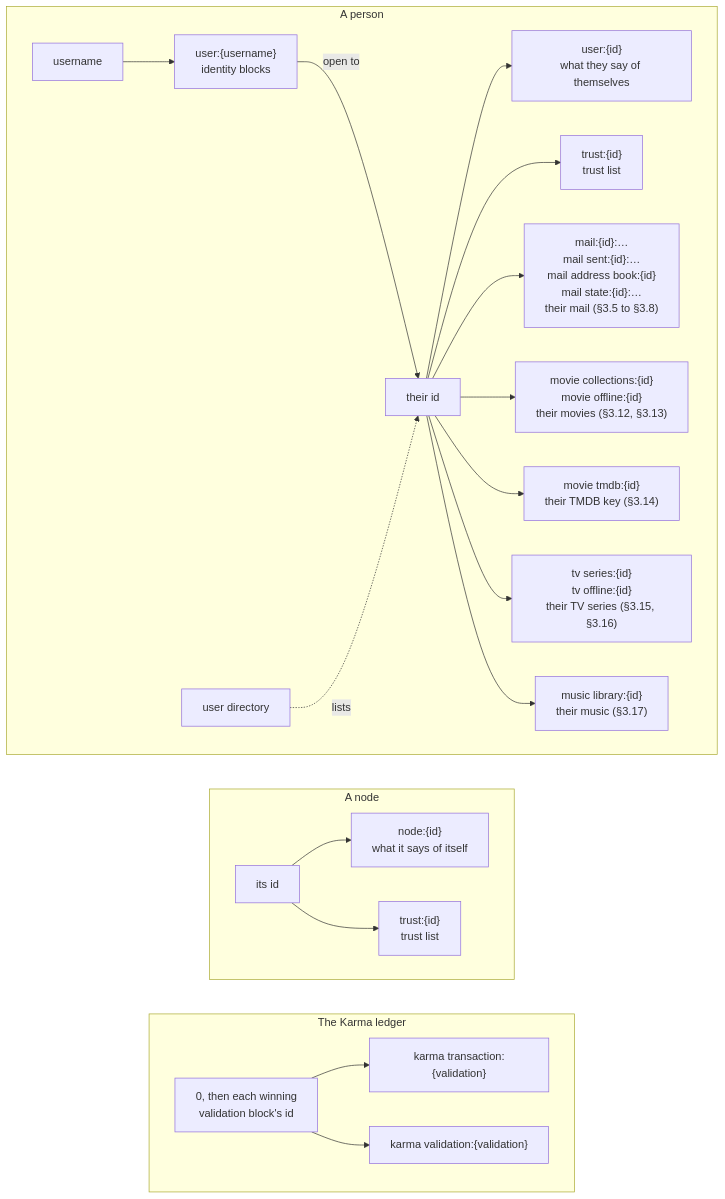
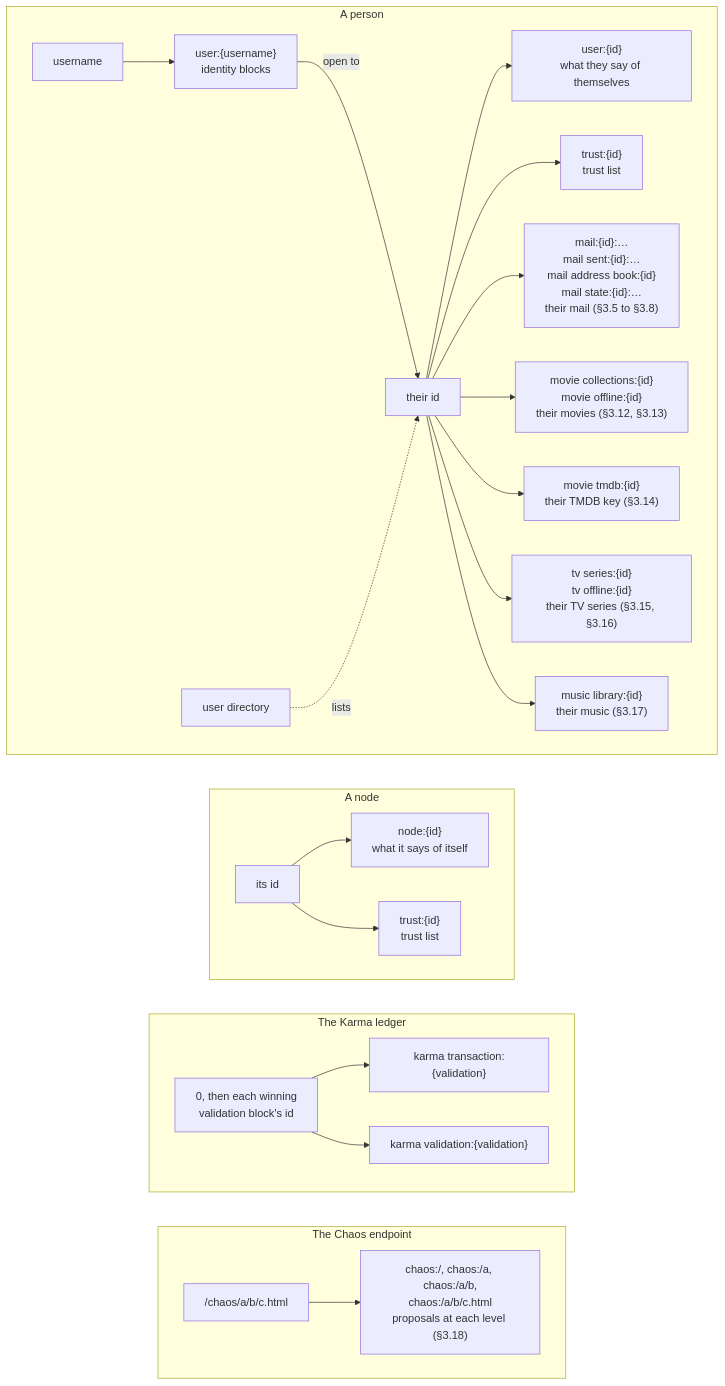
Before and after one commit to marcpage/libranet: the first of 2 diagrams in docs/specs/KnownDrops.md, drawn with Mermaid. The commit also changed other lines of this file and 4 other files, not shown here.

First line of the commit message:
Specify the Chaos endpoint (#655) (#662)

````diff
--- a/docs/specs/KnownDrops.md
+++ b/docs/specs/KnownDrops.md
@@ -40,28 +41,33 @@
 ```mermaid
 flowchart TB
     subgraph person["A person"]
         direction LR
         username["username"] --> blocks["user:{username}<br/>identity blocks"]
         blocks -->|"open to"| pid["their id"]
         directory["user directory"] -.->|lists| pid
         pid --> says["user:{id}<br/>what they say of themselves"]
         pid --> ptrust["trust:{id}<br/>trust list"]
         pid --> mail["mail:{id}:…<br/>mail sent:{id}:…<br/>mail address book:{id}<br/>mail state:{id}:…<br/>their mail (§3.5 to §3.8)"]
         pid --> movie["movie collections:{id}<br/>movie offline:{id}<br/>their movies (§3.12, §3.13)"]
         pid --> tmdb["movie tmdb:{id}<br/>their TMDB key (§3.14)"]
         pid --> tv["tv series:{id}<br/>tv offline:{id}<br/>their TV series (§3.15, §3.16)"]
         pid --> music["music library:{id}<br/>their music (§3.17)"]
     end
     subgraph node["A node"]
         direction LR
         nid["its id"] --> nsays["node:{id}<br/>what it says of itself"]
         nid --> ntrust["trust:{id}<br/>trust list"]
     end
     subgraph karma["The Karma ledger"]
         direction LR
         validation["0, then each winning<br/>validation block's id"] --> kt["karma transaction:{validation}"]
         validation --> kv["karma validation:{validation}"]
     end
+    subgraph chaos["The Chaos endpoint"]
+        direction LR
+        cpath["/chaos/a/b/c.html"] --> clevels["chaos:/, chaos:/a, chaos:/a/b,<br/>chaos:/a/b/c.html<br/>proposals at each level (§3.18)"]
+    end
     person ~~~ node
     node ~~~ karma
+    karma ~~~ chaos
 ```
````
